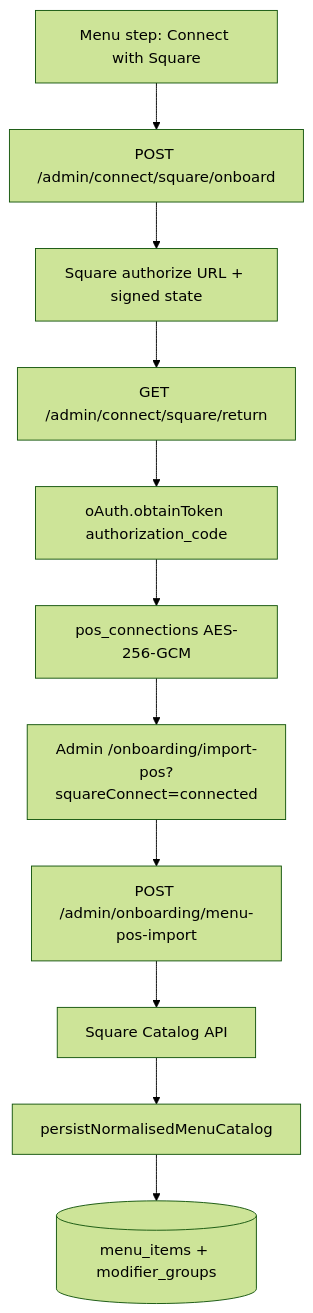
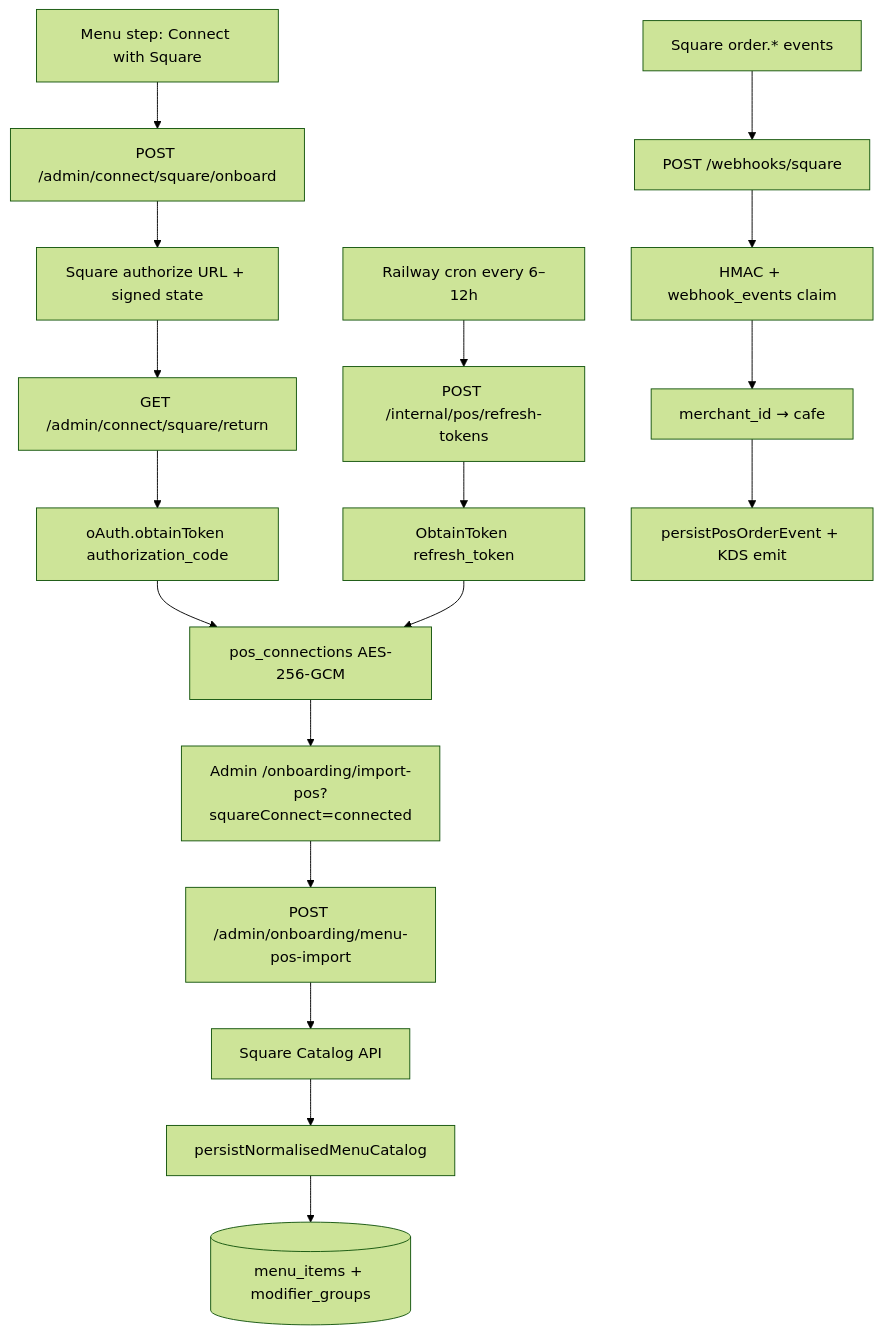
The diagram in docs/square-oauth.md (SeanIntegrator/moonshot), drawn with Mermaid (forest theme) before and after one commit. The commit also changed other lines of this file and 25 other files, not shown here.

````diff
--- a/docs/square-oauth.md
+++ b/docs/square-oauth.md
@@ -7,13 +9,22 @@
 ```mermaid
 flowchart TD
   Choice["Menu step: Connect with Square"] --> Onboard["POST /admin/connect/square/onboard"]
   Onboard --> Authorize["Square authorize URL + signed state"]
   Authorize --> Ret["GET /admin/connect/square/return"]
   Ret --> Token["oAuth.obtainToken authorization_code"]
   Token --> Store["pos_connections AES-256-GCM"]
   Store --> SPA["Admin /onboarding/import-pos?squareConnect=connected"]
   SPA --> Import["POST /admin/onboarding/menu-pos-import"]
   Import --> Catalog["Square Catalog API"]
   Catalog --> Persist["persistNormalisedMenuCatalog"]
   Persist --> PG[(menu_items + modifier_groups)]
+
+  Cron["Railway cron every 6–12h"] --> Refresh["POST /internal/pos/refresh-tokens"]
+  Refresh --> Obtain["ObtainToken refresh_token"]
+  Obtain --> Store
+
+  SquareWH["Square order.* events"] --> WH["POST /webhooks/square"]
+  WH --> Verify["HMAC + webhook_events claim"]
+  Verify --> Route["merchant_id → cafe"]
+  Route --> Ingress["persistPosOrderEvent + KDS emit"]
 ```
````
